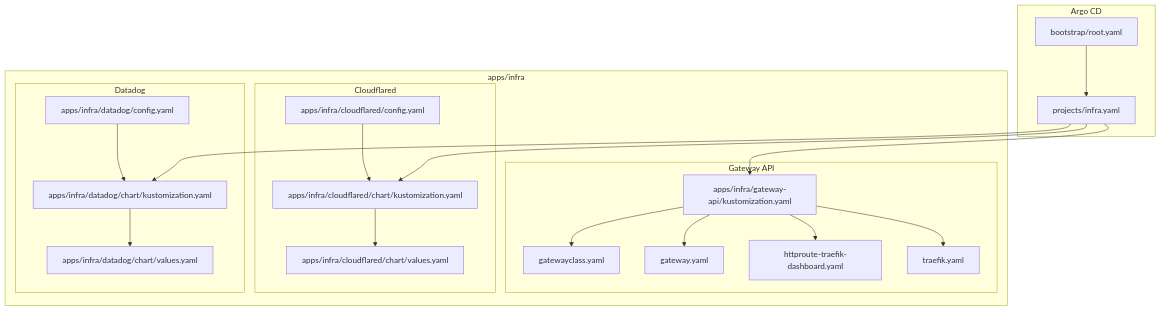
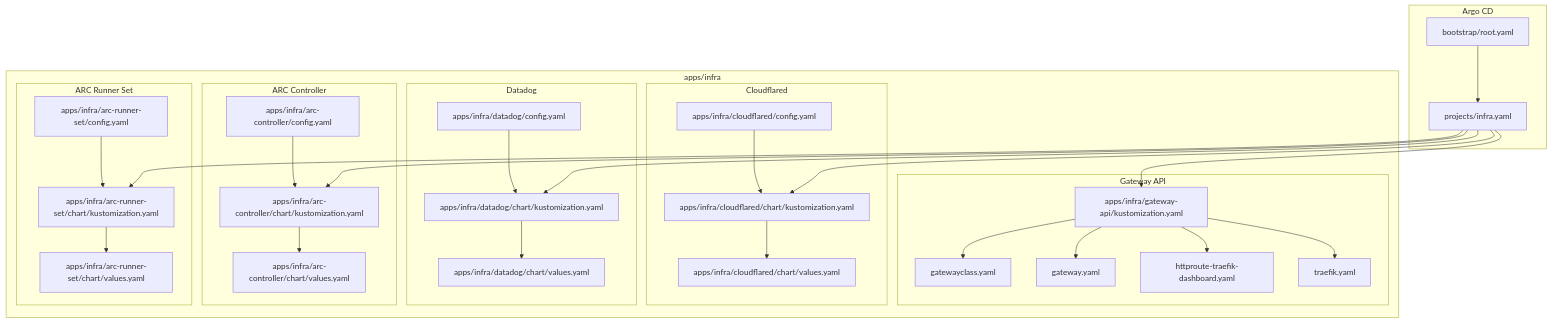
Before and after one commit to Hoangvu75/k8s_manifest: the first of 7 diagrams in .qoder/repowiki/en/content/Infrastructure Applications/Infrastructure Applications.md, drawn with Mermaid. The commit also changed other lines of this file and 3 other files, not shown here.

First line of the commit message:
docs(repowiki): update architecture, infrastructure, operational features, and playground docs

````diff
--- a/.qoder/repowiki/en/content/Infrastructure Applications/Infrastructure Applications.md
+++ b/.qoder/repowiki/en/content/Infrastructure Applications/Infrastructure Applications.md
@@ -48,38 +55,54 @@
 ```mermaid
 graph TB
 subgraph "Argo CD"
 ROOT["bootstrap/root.yaml"]
 INFRA_PROJECT["projects/infra.yaml"]
 end
 subgraph "apps/infra"
 subgraph "Gateway API"
 GWC["gatewayclass.yaml"]
 GW["gateway.yaml"]
 HR["httproute-traefik-dashboard.yaml"]
 TR["traefik.yaml"]
 GK["apps/infra/gateway-api/kustomization.yaml"]
 end
 subgraph "Cloudflared"
 CF_VALUES["apps/infra/cloudflared/chart/values.yaml"]
 CF_K["apps/infra/cloudflared/chart/kustomization.yaml"]
 CF_CFG["apps/infra/cloudflared/config.yaml"]
 end
 subgraph "Datadog"
 DD_VALUES["apps/infra/datadog/chart/values.yaml"]
 DD_K["apps/infra/datadog/chart/kustomization.yaml"]
 DD_CFG["apps/infra/datadog/config.yaml"]
 end
+subgraph "ARC Controller"
+ARC_K["apps/infra/arc-controller/chart/kustomization.yaml"]
+ARC_VAL["apps/infra/arc-controller/chart/values.yaml"]
+ARC_CFG["apps/infra/arc-controller/config.yaml"]
+end
+subgraph "ARC Runner Set"
+ARS_K["apps/infra/arc-runner-set/chart/kustomization.yaml"]
+ARS_VAL["apps/infra/arc-runner-set/chart/values.yaml"]
+ARS_CFG["apps/infra/arc-runner-set/config.yaml"]
+end
 end
 ROOT --> INFRA_PROJECT
 INFRA_PROJECT --> GK
 INFRA_PROJECT --> CF_K
 INFRA_PROJECT --> DD_K
+INFRA_PROJECT --> ARC_K
+INFRA_PROJECT --> ARS_K
 GK --> GWC
 GK --> GW
 GK --> HR
 GK --> TR
 CF_K --> CF_VALUES
 CF_CFG --> CF_K
 DD_K --> DD_VALUES
 DD_CFG --> DD_K
+ARC_K --> ARC_VAL
+ARC_CFG --> ARC_K
+ARS_K --> ARS_VAL
+ARS_CFG --> ARS_K
 ```
````
